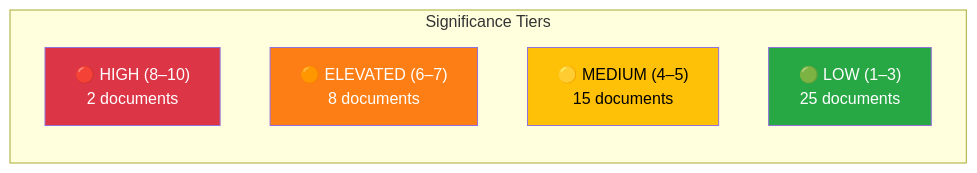
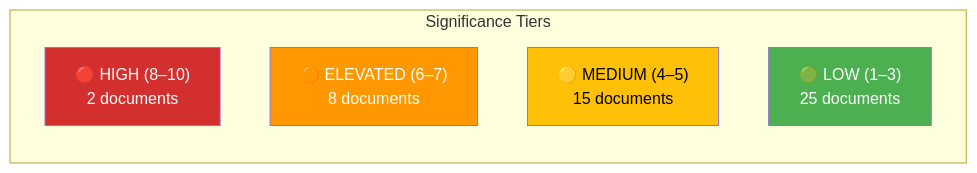
Before and after one commit to Hack23/riksdagsmonitor: the diagram in analysis/daily/2026-04-01/motions/significance-scoring.md, drawn with Mermaid. The commit also changed 785 other files, not shown here.

First line of the commit message:
Normalize mermaid colors across 786 analysis artifacts to ISMS Style Guide palette

````diff
--- a/analysis/daily/2026-04-01/motions/significance-scoring.md
+++ b/analysis/daily/2026-04-01/motions/significance-scoring.md
@@ -14,13 +14,13 @@
 ```mermaid
 graph LR
     subgraph Scoring["Significance Tiers"]
         HIGH["🔴 HIGH (8–10)<br/>2 documents"]
         ELEV["🟠 ELEVATED (6–7)<br/>8 documents"]
         MED["🟡 MEDIUM (4–5)<br/>15 documents"]
         LOW["🟢 LOW (1–3)<br/>25 documents"]
     end
-    style HIGH fill:#dc3545,color:#fff
-    style ELEV fill:#fd7e14,color:#fff
-    style MED fill:#ffc107,color:#000
-    style LOW fill:#28a745,color:#fff
+    style HIGH fill:#D32F2F,color:#FFFFFF
+    style ELEV fill:#FF9800,color:#FFFFFF
+    style MED fill:#FFC107,color:#000000
+    style LOW fill:#4CAF50,color:#FFFFFF
 ```
````
